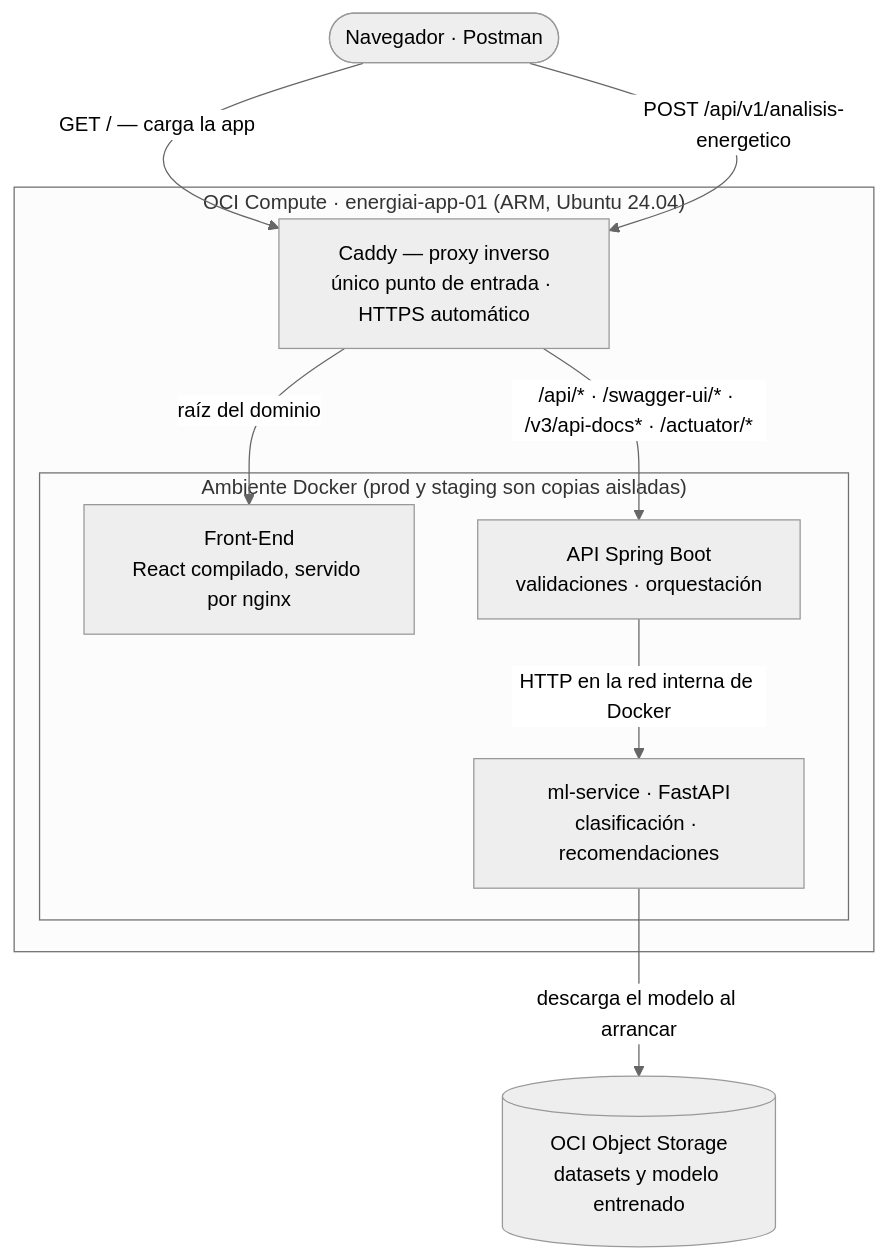
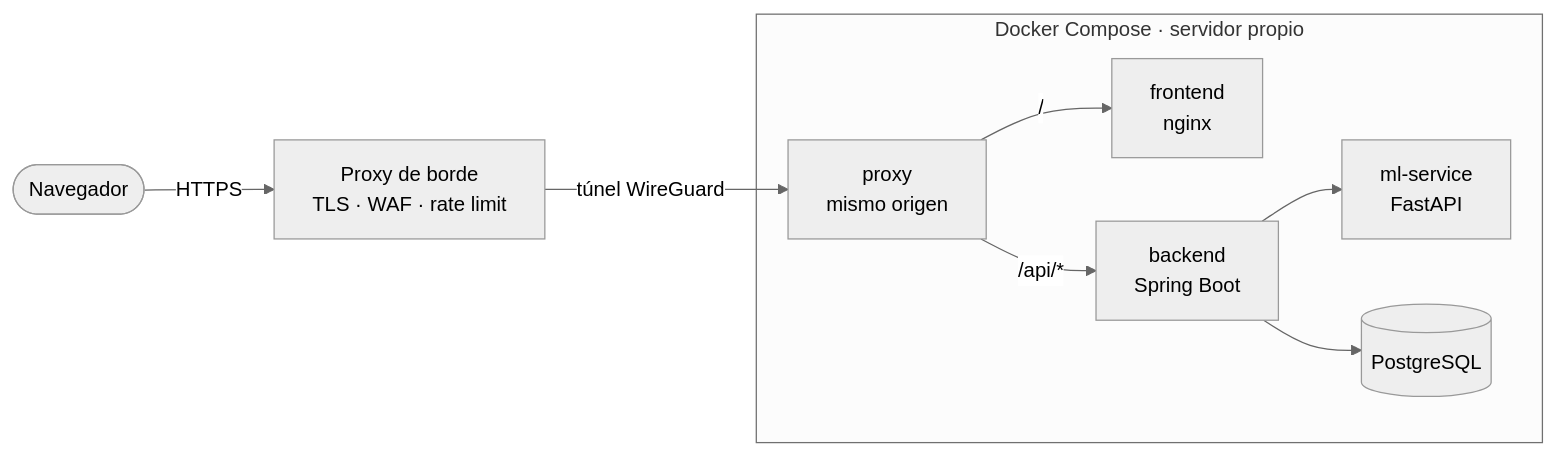
The diagram in README.md (Neo236/EnergIA), drawn with Mermaid (neutral theme) before and after one commit. The commit also changed other lines of this file and 193 other files, not shown here.

````diff
--- a/README.md
+++ b/README.md
@@ -80,24 +71,12 @@
 ```mermaid
-flowchart TB
-    U(["Navegador · Postman"])
+flowchart LR
+    U(["Navegador"]) -->|HTTPS| CADDY["Proxy de borde<br/>TLS · WAF · rate limit"]
+    CADDY -->|"túnel WireGuard"| PROXY["proxy<br/>mismo origen"]
 
-    subgraph VM["OCI Compute · energiai-app-01 (ARM, Ubuntu 24.04)"]
-        CADDY["Caddy — proxy inverso<br/>único punto de entrada · HTTPS automático"]
-
-        subgraph AMB["Ambiente Docker (prod y staging son copias aisladas)"]
-            F["Front-End<br/>React compilado, servido por nginx"]
-            B["API Spring Boot<br/>validaciones · orquestación"]
-            ML["ml-service · FastAPI<br/>clasificación · recomendaciones"]
-        end
+    subgraph STACK["Docker Compose · servidor propio"]
+        PROXY -->|"/"| F["frontend<br/>nginx"]
+        PROXY -->|"/api/*"| B["backend<br/>Spring Boot"]
+        B --> ML["ml-service<br/>FastAPI"]
+        B --> DB[("PostgreSQL")]
     end
-
-    OS[("OCI Object Storage<br/>datasets y modelo entrenado")]
-
-    U -- "GET / — carga la app" --> CADDY
-    U -- "POST /api/v1/analisis-energetico" --> CADDY
-
-    CADDY -- "raíz del dominio" --> F
-    CADDY -- "/api/* · /swagger-ui/* · /v3/api-docs* · /actuator/*" --> B
-    B -- "HTTP en la red interna de Docker" --> ML
-    ML -- "descarga el modelo al arrancar" --> OS
 ```
````
